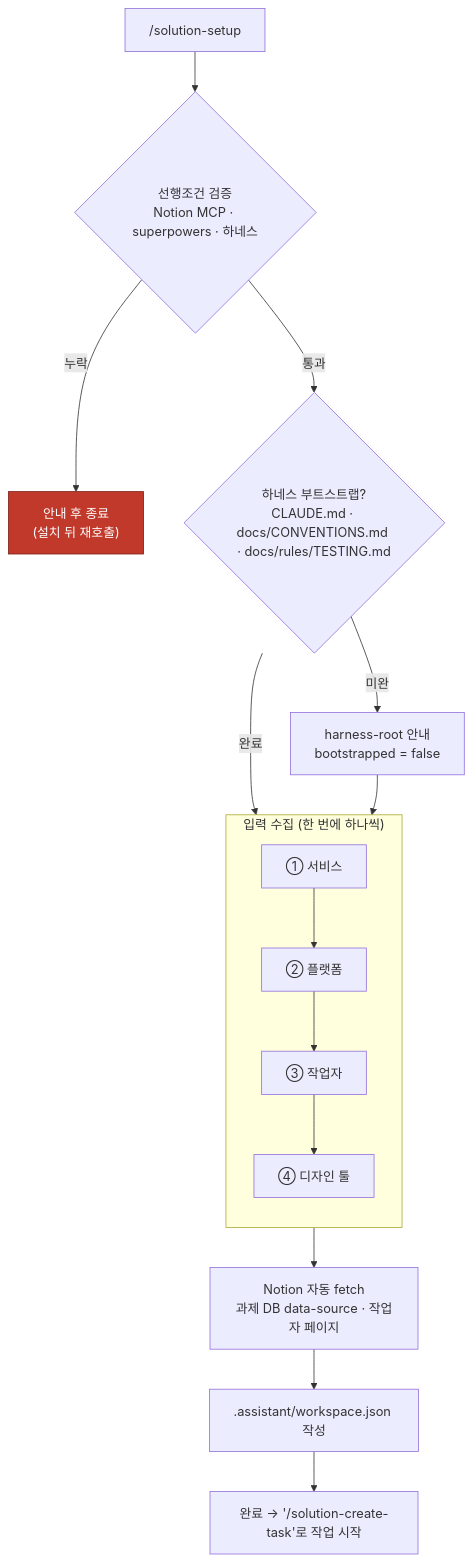
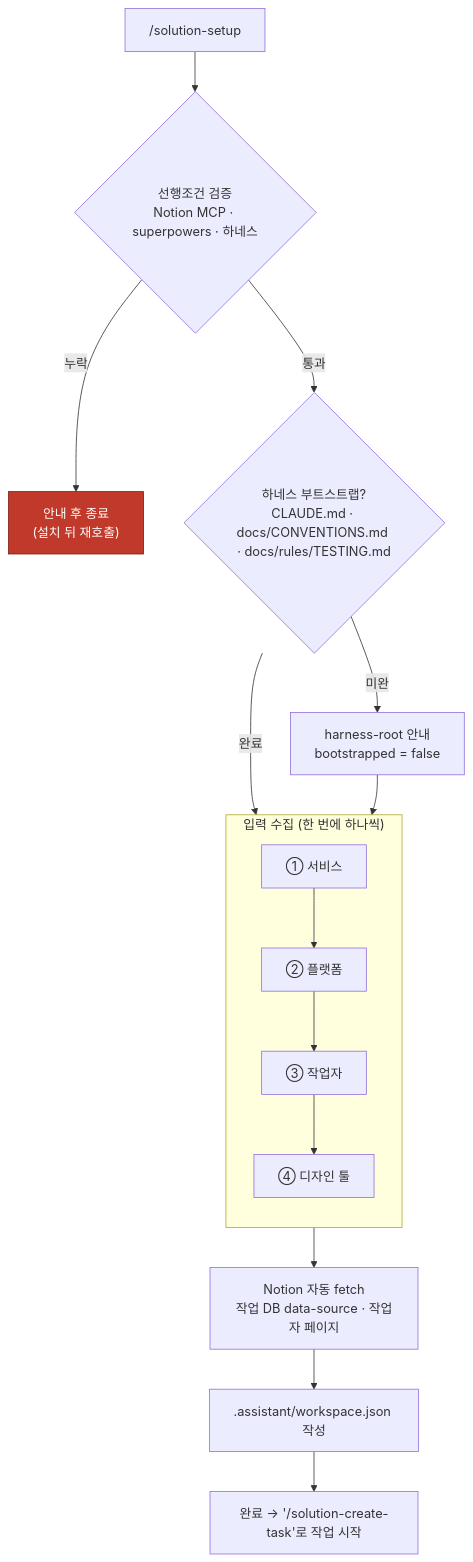
The first of 2 diagrams in README.md (BEYun/yeoboya-assistant-plugin), drawn with Mermaid before and after one commit. The commit also changed other lines of this file and 36 other files, not shown here.

````diff
--- a/README.md
+++ b/README.md
@@ -48,32 +48,32 @@
 ```mermaid
 flowchart TD
     S["/solution-setup"] --> P{"선행조건 검증<br/>Notion MCP · superpowers · 하네스"}
 
     P -->|누락| X["안내 후 종료<br/>(설치 뒤 재호출)"]
 
     P -->|통과| BS{"하네스 부트스트랩?<br/>CLAUDE.md · docs/CONVENTIONS.md · docs/rules/TESTING.md"}
 
     BS -->|미완| BSN["harness-root 안내<br/>bootstrapped = false"]
 
     BS -->|완료| IN
 
     BSN --> IN
 
     subgraph IN["입력 수집 (한 번에 하나씩)"]
         direction TB
         i1["① 서비스"] --> i2["② 플랫폼"]
 
         i2 --> i3["③ 작업자"]
 
         i3 --> i4["④ 디자인 툴"]
     end
 
-    IN --> NF["Notion 자동 fetch<br/>과제 DB data-source · 작업자 페이지"]
+    IN --> NF["Notion 자동 fetch<br/>작업 DB data-source · 작업자 페이지"]
 
     NF --> W[".assistant/workspace.json 작성"]
 
     W --> E["완료 → '/solution-create-task'로 작업 시작"]
 
     classDef stop fill:#c0392b,stroke:#7d2019,color:#fff;
     class X stop;
 ```
````
